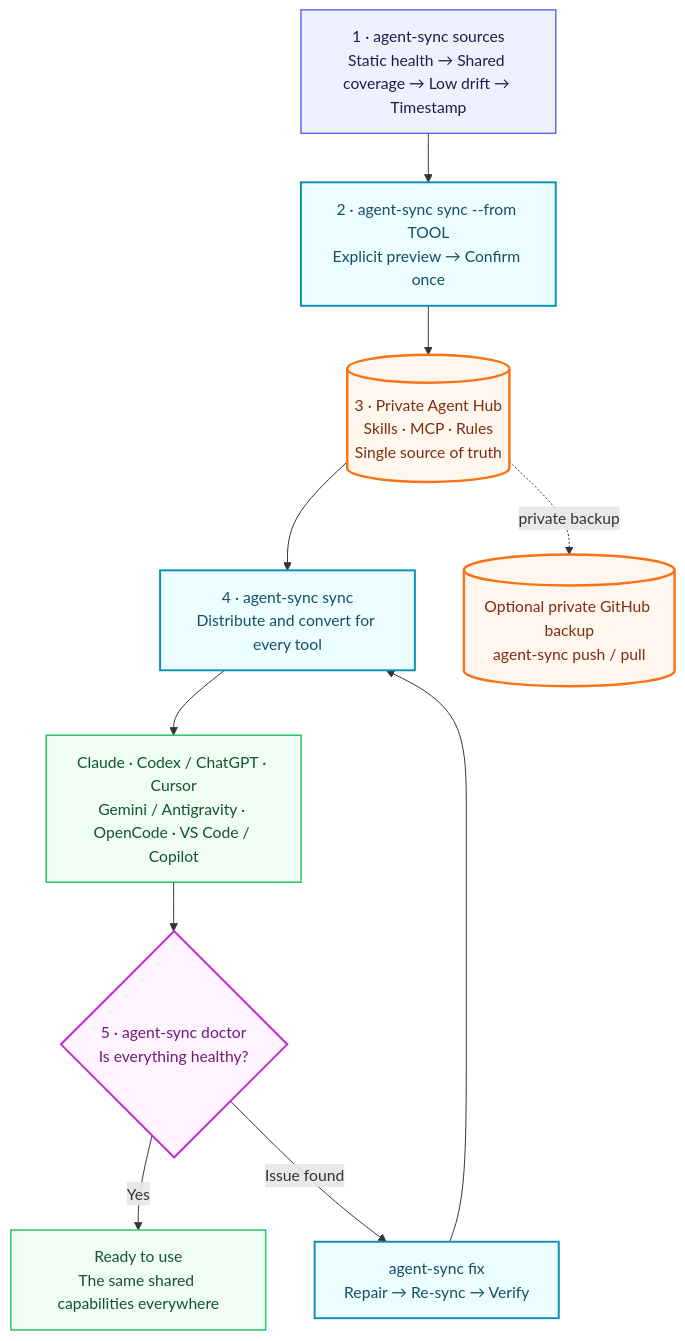
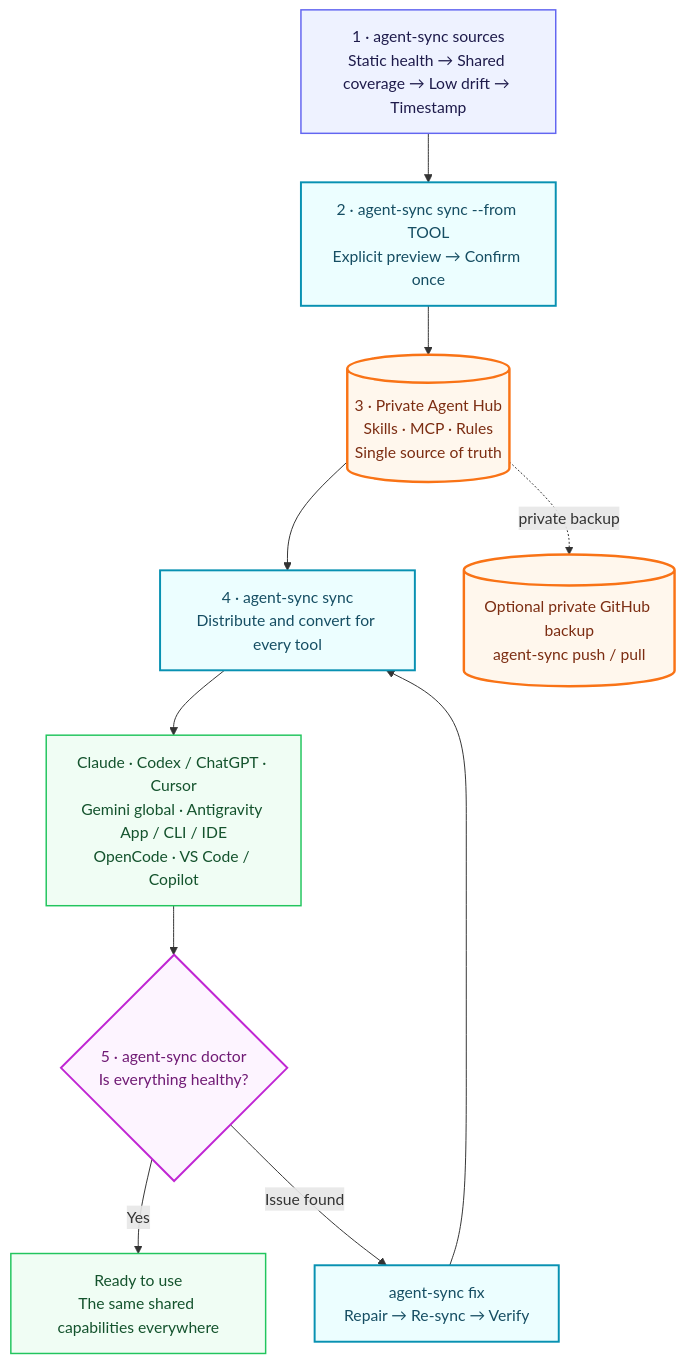
One commit to LittlePeter52012/agent-sync changed the diagram in README.md. Above: the diagram before and after it, drawn with Mermaid. The commit also changed other lines of this file and 4 other files, not shown here.

````diff
--- a/README.md
+++ b/README.md
@@ -57,30 +60,30 @@
 ```mermaid
 flowchart TB
     SOURCE["1 · agent-sync sources<br/>Static health → Shared coverage → Low drift → Timestamp"]
     PROMOTE["2 · agent-sync sync --from TOOL<br/>Explicit preview → Confirm once"]
     HUB[("3 · Private Agent Hub<br/>Skills · MCP · Rules<br/>Single source of truth")]
     SYNC["4 · agent-sync sync<br/>Distribute and convert for every tool"]
-    TARGETS["Claude · Codex / ChatGPT · Cursor<br/>Gemini / Antigravity · OpenCode · VS Code / Copilot"]
+    TARGETS["Claude · Codex / ChatGPT · Cursor<br/>Gemini global · Antigravity App / CLI / IDE<br/>OpenCode · VS Code / Copilot"]
     CHECK{"5 · agent-sync doctor<br/>Is everything healthy?"}
     READY["Ready to use<br/>The same shared capabilities everywhere"]
     FIX["agent-sync fix<br/>Repair → Re-sync → Verify"]
     GH[("Optional private GitHub backup<br/>agent-sync push / pull")]
 
     SOURCE --> PROMOTE --> HUB --> SYNC --> TARGETS --> CHECK
     CHECK -->|"Yes"| READY
     CHECK -->|"Issue found"| FIX
     FIX --> SYNC
     HUB -. "private backup" .-> GH
 
     classDef source fill:#eef2ff,stroke:#6366f1,color:#1e1b4b,stroke-width:1.5px;
     classDef action fill:#ecfeff,stroke:#0891b2,color:#164e63,stroke-width:2px;
     classDef hub fill:#fff7ed,stroke:#f97316,color:#7c2d12,stroke-width:2.5px;
     classDef target fill:#f0fdf4,stroke:#22c55e,color:#14532d,stroke-width:1.5px;
     classDef check fill:#fdf4ff,stroke:#c026d3,color:#701a75,stroke-width:2px;
 
     class SOURCE source;
     class PROMOTE,SYNC,FIX action;
     class HUB,GH hub;
     class TARGETS,READY target;
     class CHECK check;
 ```
````
